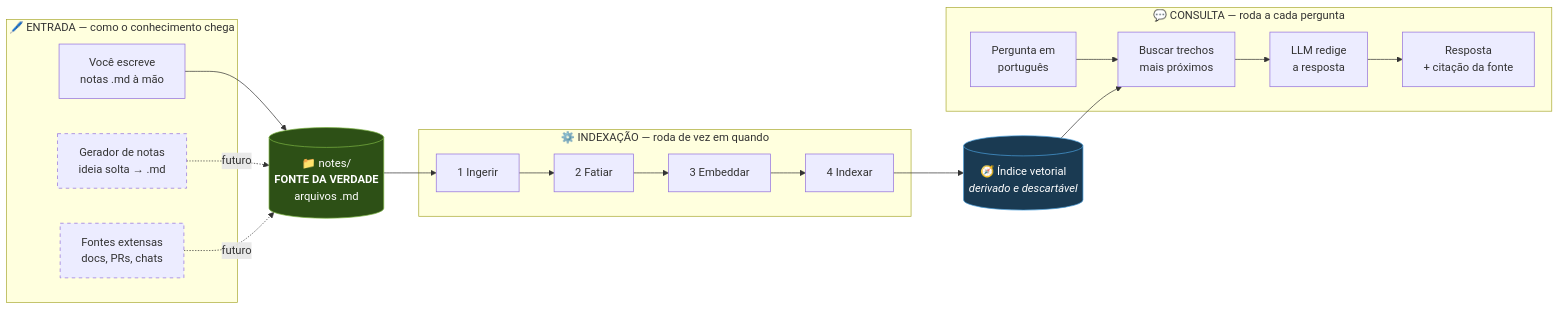
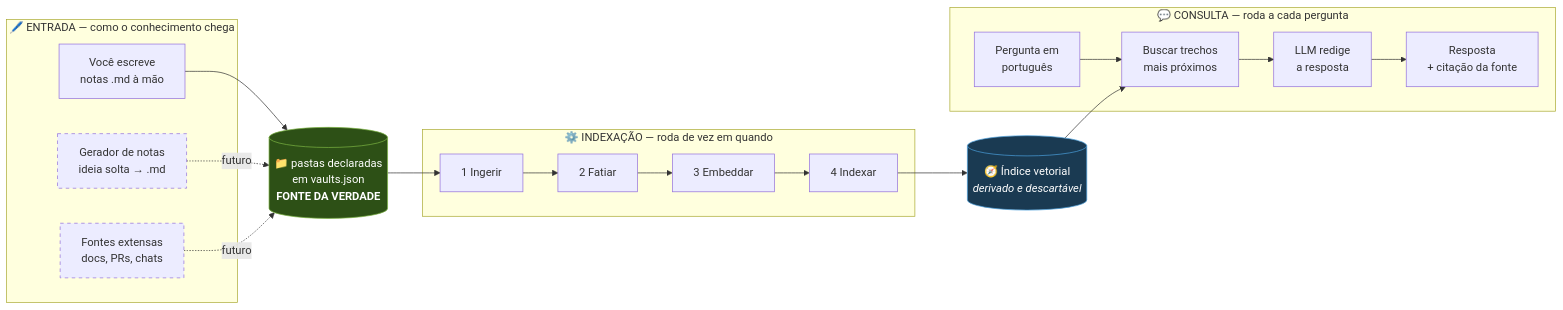
Before and after one commit to HeitorM50/dev-second-brain: the first of 5 diagrams in docs/arquitetura.md, drawn with Mermaid. The commit also changed other lines of this file and 7 other files, not shown here.

````diff
--- a/docs/arquitetura.md
+++ b/docs/arquitetura.md
@@ -28,33 +28,33 @@
 ```mermaid
 flowchart LR
     subgraph ENTRADA["🖊️ ENTRADA — como o conhecimento chega"]
         A1["Você escreve<br/>notas .md à mão"]
         A2["Gerador de notas<br/>ideia solta → .md"]
         A3["Fontes extensas<br/>docs, PRs, chats"]
     end
 
-    V[("📁 notes/<br/><b>FONTE DA VERDADE</b><br/>arquivos .md")]
+    V[("📁 pastas declaradas<br/>em vaults.json<br/><b>FONTE DA VERDADE</b>")]
 
     subgraph INDEXACAO["⚙️ INDEXAÇÃO — roda de vez em quando"]
         B1["1 Ingerir"] --> B2["2 Fatiar"] --> B3["3 Embeddar"] --> B4["4 Indexar"]
     end
 
     IDX[("🧭 Índice vetorial<br/><i>derivado e descartável</i>")]
 
     subgraph CONSULTA["💬 CONSULTA — roda a cada pergunta"]
         C1["Pergunta em<br/>português"] --> C2["Buscar trechos<br/>mais próximos"]
         C2 --> C3["LLM redige<br/>a resposta"] --> C4["Resposta<br/>+ citação da fonte"]
     end
 
     A1 --> V
     A2 -. "futuro" .-> V
     A3 -. "futuro" .-> V
     V --> B1
     B4 --> IDX
     IDX --> C2
 
     style V fill:#2d5016,stroke:#7cb342,color:#fff
     style IDX fill:#1a3a52,stroke:#4a9eda,color:#fff
     style A2 stroke-dasharray: 5 5
     style A3 stroke-dasharray: 5 5
 ```
````
